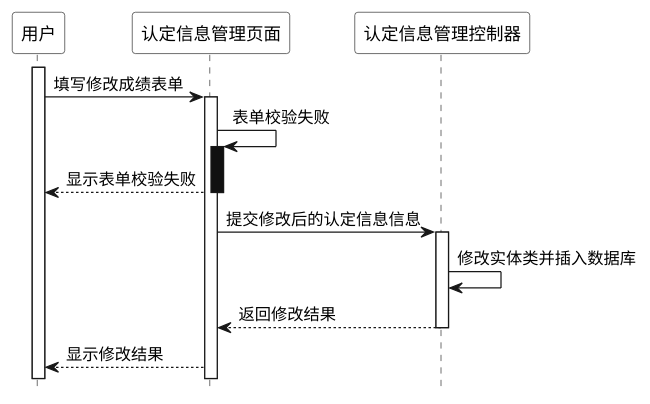
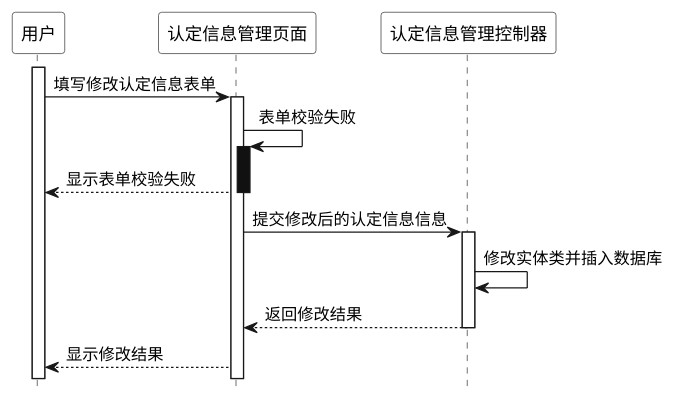
One commit to coderyjc/certificate_analysis changed the diagram in resouces/drawio/UML_Sequence/manage/identification/update.puml. Above: the diagram before and after it, drawn with PlantUML. The commit also changed 68 other files, not shown here.

```diff
--- a/resouces/drawio/UML_Sequence/manage/identification/update.puml
+++ b/resouces/drawio/UML_Sequence/manage/identification/update.puml
@@ -1,34 +1,34 @@
 @startuml written_update
 
 hide footbox
 skinparam sequence {
   ParticipantBackgroundColor #ffffff
   ParticipantFontColor #000000
 }
 
 participant 用户
 participant 认定信息管理页面
 participant 认定信息管理控制器
 
 activate 用户
-用户 -> 认定信息管理页面: 填写修改成绩表单
+用户 -> 认定信息管理页面: 填写修改认定信息表单
 
 
 activate 认定信息管理页面
 认定信息管理页面 -> 认定信息管理页面: 表单校验失败
 
 activate 认定信息管理页面 #1
 认定信息管理页面 --> 用户: 显示表单校验失败
 deactivate 认定信息管理页面 #1
 
 认定信息管理页面 -> 认定信息管理控制器: 提交修改后的认定信息信息
 
 activate 认定信息管理控制器
 认定信息管理控制器 -> 认定信息管理控制器: 修改实体类并插入数据库
 
 认定信息管理控制器 --> 认定信息管理页面: 返回修改结果
 deactivate 认定信息管理控制器
 
 认定信息管理页面 --> 用户: 显示修改结果
 
 @enduml
```
